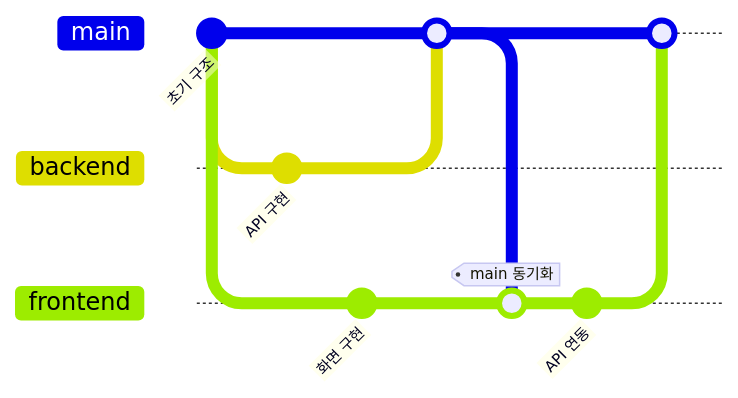
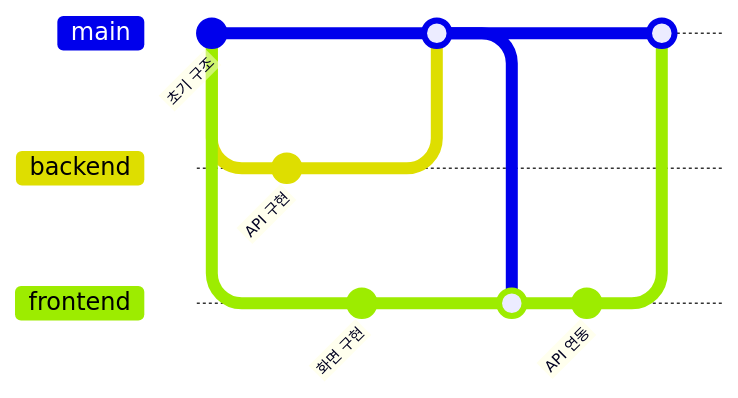
Before and after one commit to Zman927/hackathon-useful-kids: the second of 2 diagrams in docs/Development.md, drawn with Mermaid. The commit also changed 3 other files, not shown here.

First line of the commit message:
docs: Mermaid 다이어그램 렌더링 호환성 보정

````diff
--- a/docs/Development.md
+++ b/docs/Development.md
@@ -72,17 +72,18 @@
 ```mermaid
 gitGraph
     commit id: "초기 구조"
     branch backend
+    checkout main
     branch frontend
     checkout backend
     commit id: "API 구현"
     checkout frontend
     commit id: "화면 구현"
     checkout main
     merge backend
     checkout frontend
-    merge main tag: "main 동기화"
+    merge main
     commit id: "API 연동"
     checkout main
     merge frontend
 ```
````
